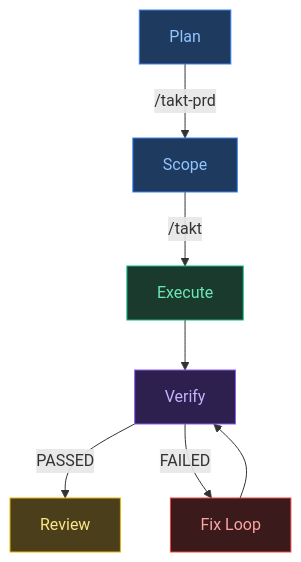
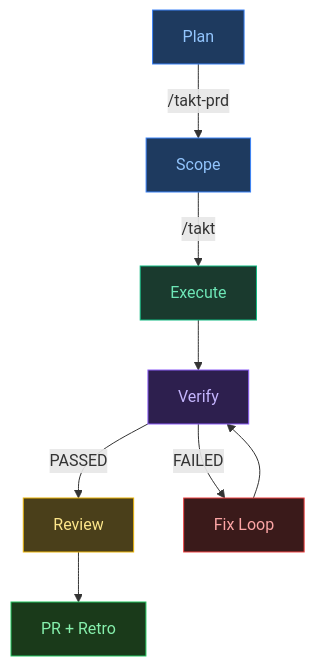
Before and after one commit to Sebstrdigital/takt: the first of 3 diagrams in README.md, drawn with Mermaid. The commit also changed other lines of this file, not shown here.

First line of the commit message:
docs: update README for unified orchestration architecture

````diff
--- a/README.md
+++ b/README.md
@@ -22,16 +22,18 @@
 ```mermaid
 graph TD
     A["Plan"] -- "/takt-prd" --> B["Scope"]
     B -- "/takt" --> C["Execute"]
     C --> D["Verify"]
     D -- "PASSED" --> E["Review"]
     D -- "FAILED" --> F["Fix Loop"]
     F --> D
+    E --> G["PR + Retro"]
 
     style A fill:#1e3a5f,stroke:#3b82f6,color:#93c5fd
     style B fill:#1e3a5f,stroke:#3b82f6,color:#93c5fd
     style C fill:#1a3a2e,stroke:#10b981,color:#6ee7b7
     style D fill:#2d1f4e,stroke:#8b5cf6,color:#c4b5fd
     style E fill:#4a3f1a,stroke:#eab308,color:#fde68a
     style F fill:#3a1a1a,stroke:#ef4444,color:#fca5a5
+    style G fill:#1a3a1a,stroke:#22c55e,color:#86efac
 ```
````
